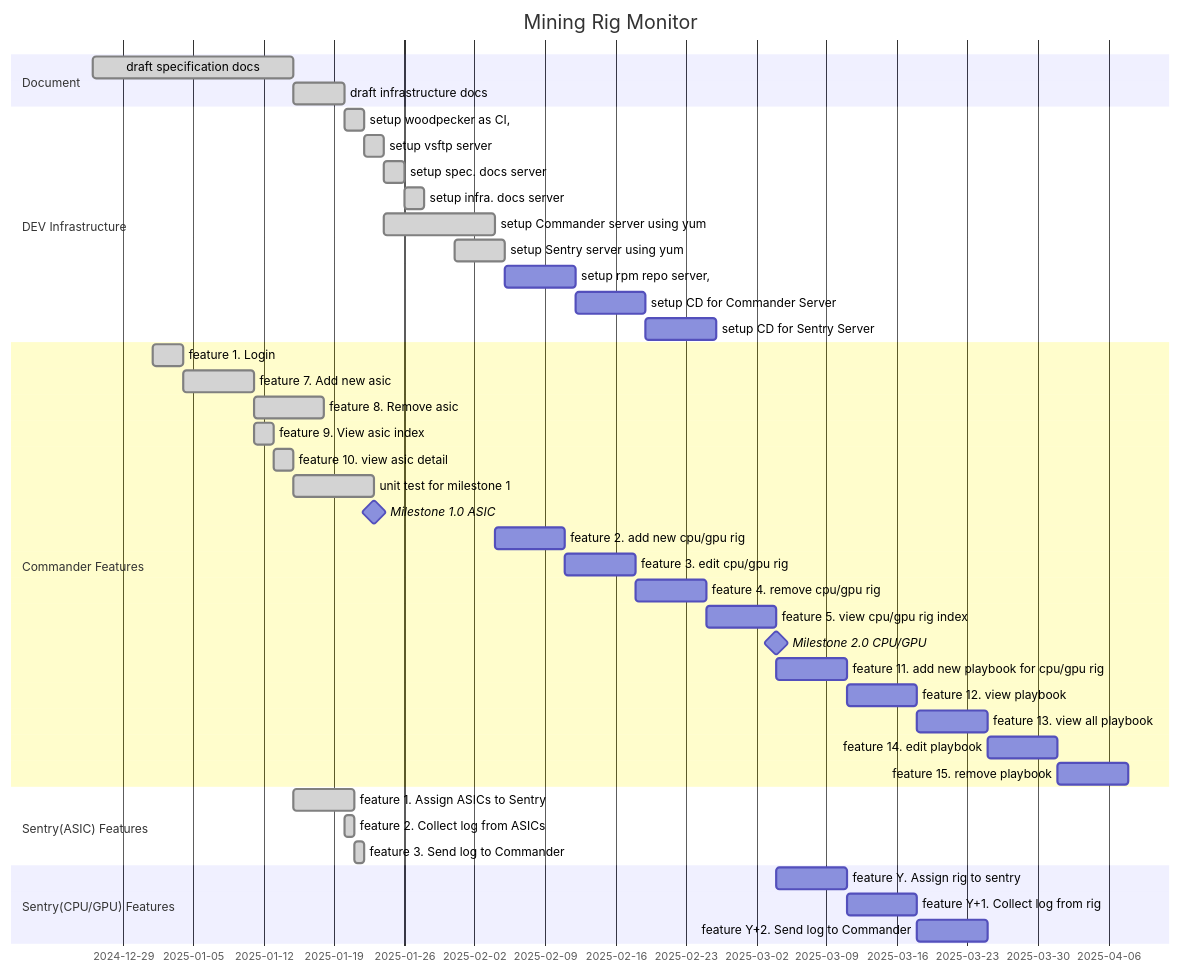
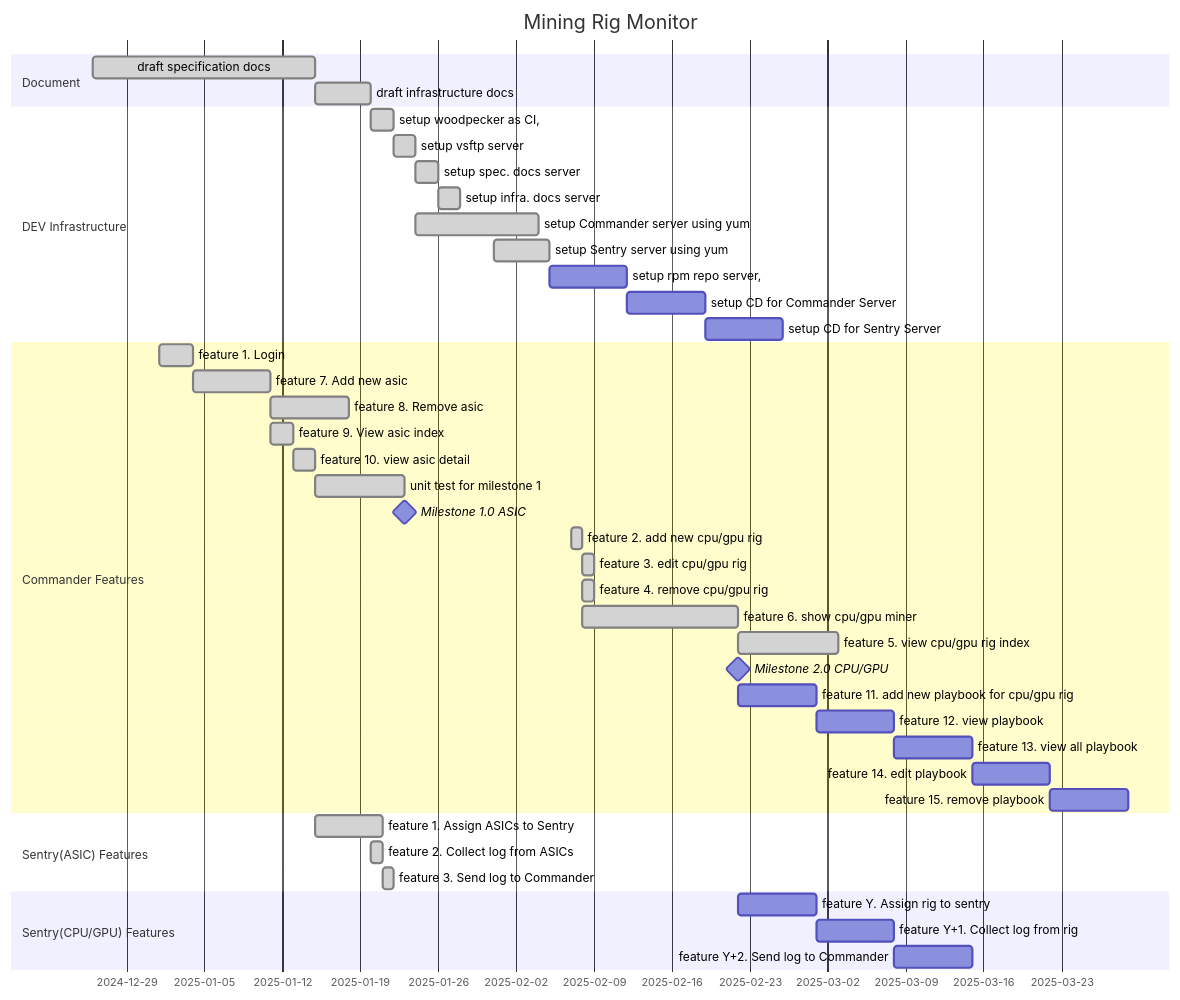
One commit to nguyenvinhlinh/Mining-Rig-Monitor-Document changed the diagram in docs/06-project-management.md. Above: the diagram before and after it, drawn with Mermaid. The commit also changed 3 other files, not shown here.

````diff
--- a/docs/06-project-management.md
+++ b/docs/06-project-management.md
@@ -9,55 +9,56 @@
 ``` mermaid
 gantt
     title Mining Rig Monitor
     dateFormat YYYY-MM-DD
 
     section Document
         draft specification  docs      :done, wsd, 2024-12-26, 20d
         draft infrastructure docs      :done, wid, after wsd, 5d
     section DEV Infrastructure
         setup woodpecker as CI,        :done, swci, after wid, 2d
         setup vsftp server             :done, svsftp, after swci, 2d
         setup spec. docs server        :done, ssds, after svsftp, 2d
         setup infra. docs server       :done, sids, after ssds, 2d
 
 
         setup Commander server using yum :done, scs, 2025-01-24, 2025-02-04
         setup Sentry server using yum    :done, sss, 2025-01-31, 2025-02-05
         setup rpm repo server,           :srps, after sss, 1w
         setup CD for Commander Server    :scdcs, after srps, 1w
         setup CD for Sentry Server       :scdss, after scdcs, 1w
     section Commander Features
         feature  1. Login              :done, f01, 2025-01-01, 3d
 
         feature  7. Add new asic       :done, f07, after f01, 1w
         feature  8. Remove asic        :done, f08, after f07, 1w
         feature  9. View asic index    :done, f09, 2025-01-11, 2025-01-13
         feature 10. view asic detail   :done, f10, 2025-01-13, 2025-01-15
         unit test for milestone 1      :done, ut1, 2025-01-15, 2025-01-23
 
         Milestone 1.0 ASIC:            milestone, m1, 2025-01-23, 4m
 
-        feature 2. add new cpu/gpu rig    :f02, after scs, 1w
-        feature 3. edit cpu/gpu rig       :f03, after f02, 1w
-        feature 4. remove cpu/gpu rig     :f04, after f03, 1w
-        feature 5. view cpu/gpu rig index :f05, after f04, 1w
+        feature 2. add new cpu/gpu rig    :done, f02, 2025-02-07, 2025-02-08
+        feature 3. edit cpu/gpu rig       :done, f03, 2025-02-08, 2025-02-09
+        feature 4. remove cpu/gpu rig     :done, f04, 2025-02-08, 2025-02-09
+        feature 6. show cpu/gpu miner     :done, f06, 2025-02-08, 2025-02-22
+        feature 5. view cpu/gpu rig index :done, :f05, after f06, 2025-03-03
 
         Milestone 2.0 CPU/GPU: milestone, m2, after f05, 2m
 
         feature 11. add new playbook for cpu/gpu rig  :f11, after f05, 1w
         feature 12. view playbook                     :f12, after f11, 1w
         feature 13. view all playbook                 :f13, after f12, 1w
         feature 14. edit playbook                     :f14, after f13, 1w
         feature 15. remove playbook                   :f15, after f14, 1w
 
     section Sentry(ASIC) Features
         feature 1. Assign ASICs to Sentry    :done, aats, 2025-01-15, 2025-01-21
         feature 2. Collect log from ASICs    :done, clfa, 2025-01-20, 2025-01-21
         feature 3. Send log to Commander     :done, sltc, 2025-01-21, 2025-01-22
 
     section Sentry(CPU/GPU) Features
         feature Y. Assign rig to sentry    :fy, after f05, 1w
         feature Y+1. Collect log from rig  :fy1, after fy, 1w
         feature Y+2. Send log to Commander :fy2, after fy1, 1w
 
 ```
````
